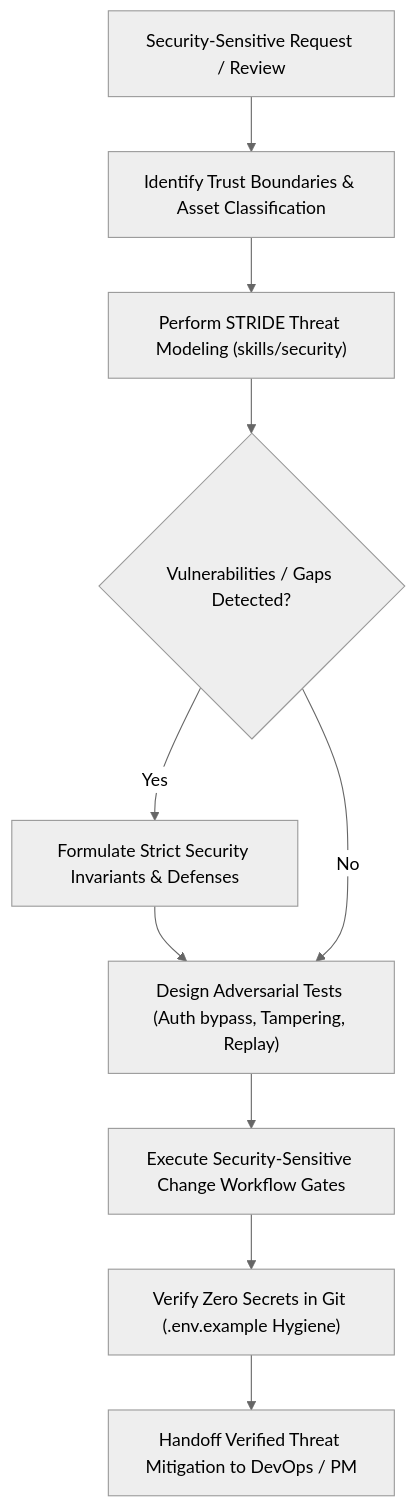
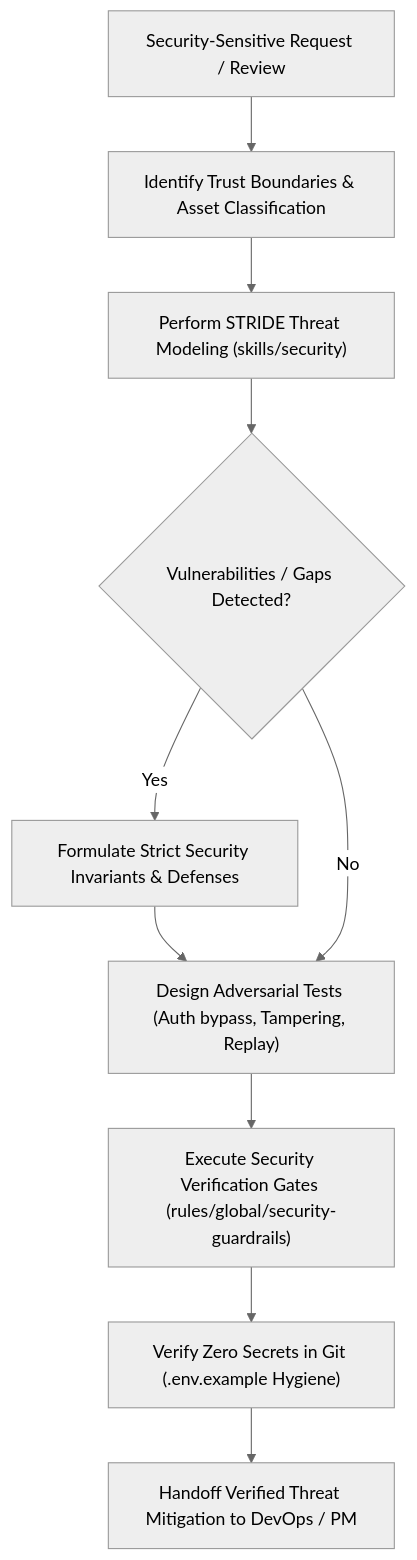
The diagram in agents/threat-agent/AGENT.md (markromolecule/context-factory), drawn with Mermaid (neutral theme) before and after one commit. The commit also changed other lines of this file and 21 other files, not shown here.

````diff
--- a/agents/threat-agent/AGENT.md
+++ b/agents/threat-agent/AGENT.md
@@ -80,12 +79,12 @@
 ```mermaid
 flowchart TD
     A["Security-Sensitive Request / Review"] --> B["Identify Trust Boundaries & Asset Classification"]
     B --> C["Perform STRIDE Threat Modeling (skills/security)"]
     C --> D{"Vulnerabilities / Gaps Detected?"}
     D -- Yes --> E["Formulate Strict Security Invariants & Defenses"]
     E --> F["Design Adversarial Tests (Auth bypass, Tampering, Replay)"]
     D -- No --> F
-    F --> G["Execute Security-Sensitive Change Workflow Gates"]
+    F --> G["Execute Security Verification Gates (rules/global/security-guardrails)"]
     G --> H["Verify Zero Secrets in Git (.env.example Hygiene)"]
     H --> I["Handoff Verified Threat Mitigation to DevOps / PM"]
 ```
````
